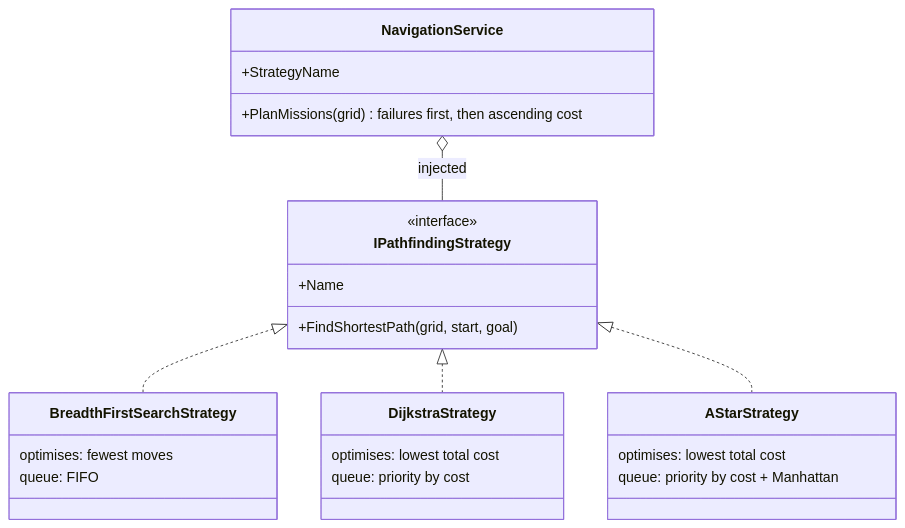
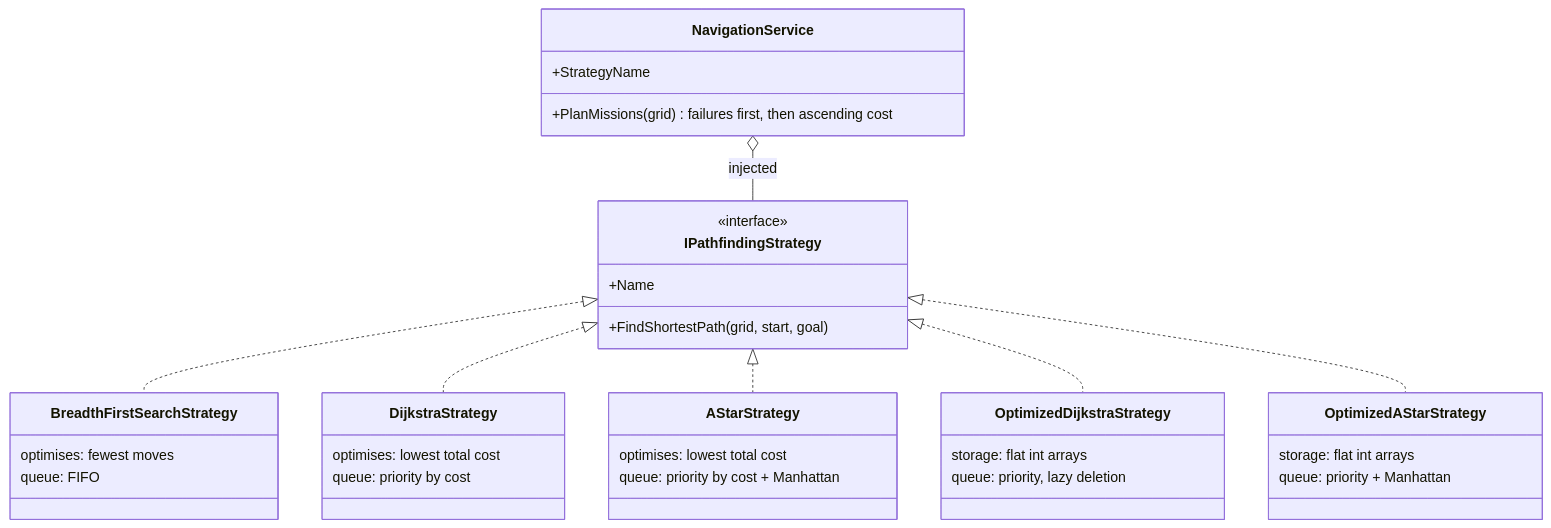
Before and after one commit to RayaSergieva/space-2026: the third of 3 diagrams in README.md, drawn with Mermaid. The commit also changed other lines of this file, not shown here.

Commit message:
Update README with benchmark results and optimized strategies

````diff
--- a/README.md
+++ b/README.md
@@ -216,35 +263,47 @@
 ```mermaid
 classDiagram
     direction TB
 
     class NavigationService {
         +StrategyName
         +PlanMissions(grid) failures first, then ascending cost
     }
 
     class IPathfindingStrategy {
         <<interface>>
         +Name
         +FindShortestPath(grid, start, goal)
     }
 
     class BreadthFirstSearchStrategy {
         optimises: fewest moves
         queue: FIFO
     }
 
     class DijkstraStrategy {
         optimises: lowest total cost
         queue: priority by cost
     }
 
     class AStarStrategy {
         optimises: lowest total cost
         queue: priority by cost + Manhattan
     }
 
+    class OptimizedDijkstraStrategy {
+        storage: flat int arrays
+        queue: priority, lazy deletion
+    }
+
+    class OptimizedAStarStrategy {
+        storage: flat int arrays
+        queue: priority + Manhattan
+    }
+
     NavigationService o-- IPathfindingStrategy : injected
     IPathfindingStrategy <|.. BreadthFirstSearchStrategy
     IPathfindingStrategy <|.. DijkstraStrategy
     IPathfindingStrategy <|.. AStarStrategy
+    IPathfindingStrategy <|.. OptimizedDijkstraStrategy
+    IPathfindingStrategy <|.. OptimizedAStarStrategy
 ```
````
